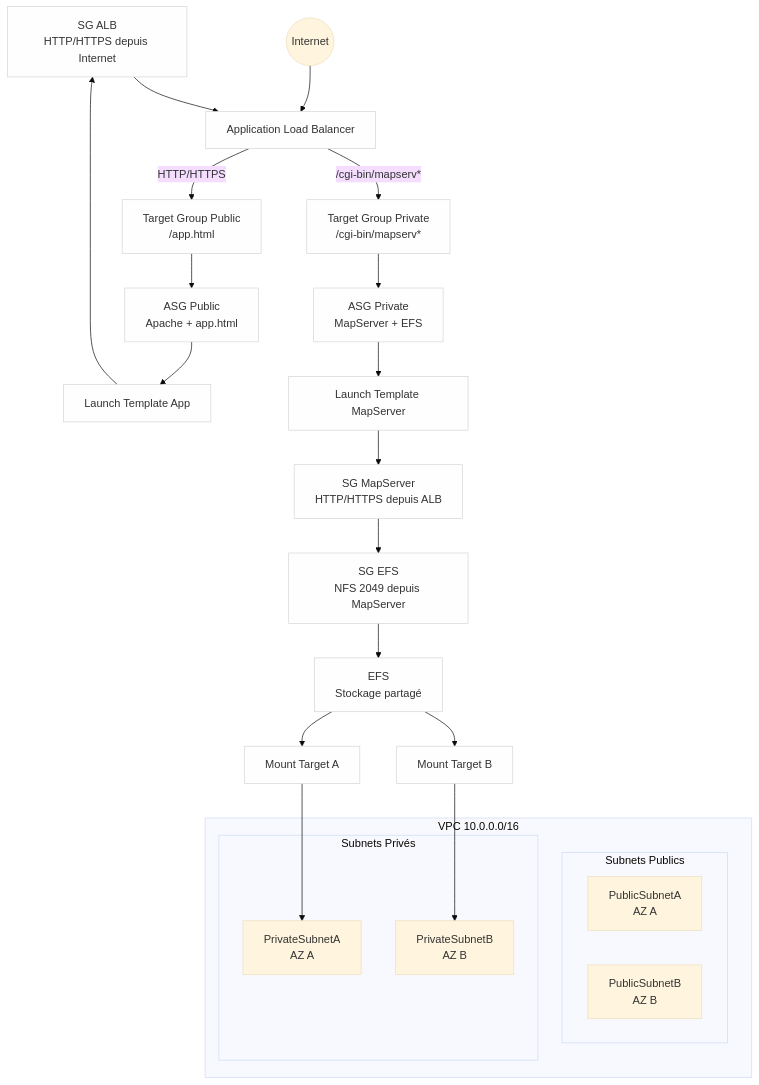
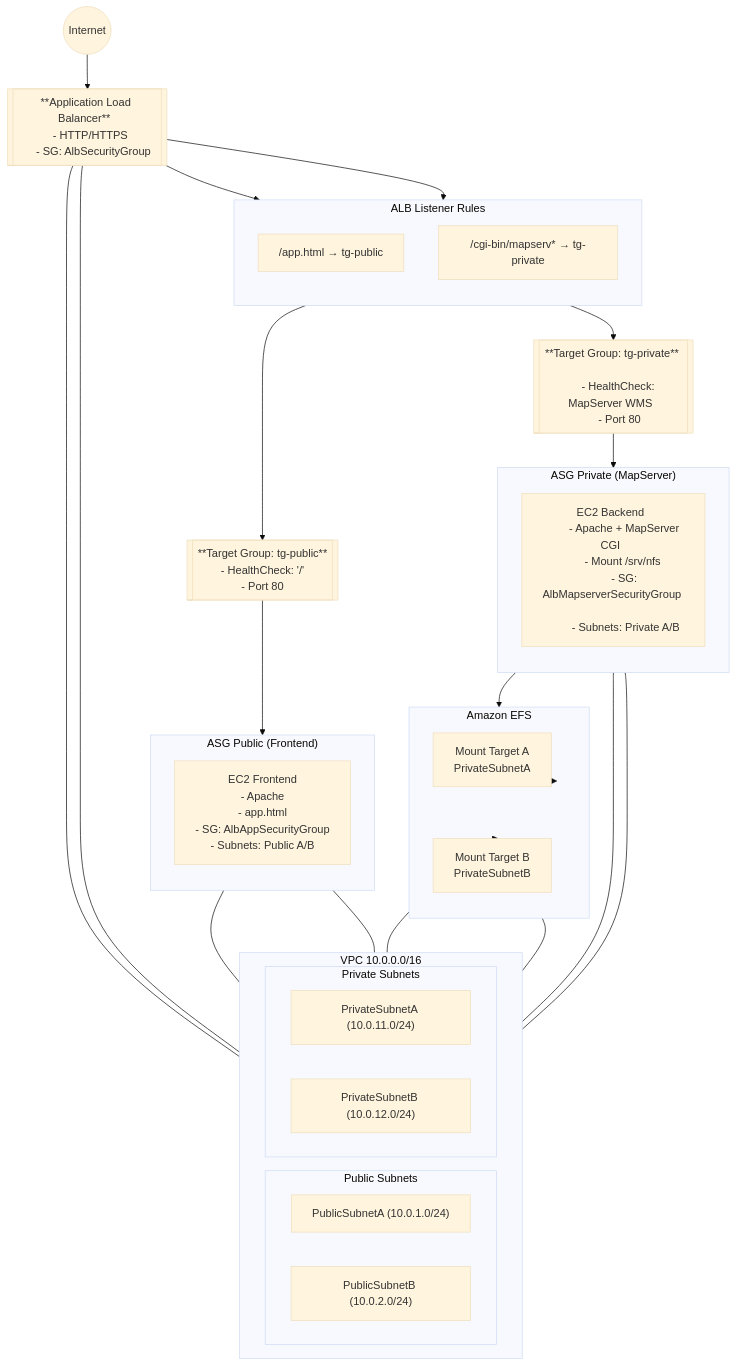
One commit to chocho11/testmapserveraws changed the diagram in README.md. Above: the diagram before and after it, drawn with Mermaid (base theme). The commit also changed other lines of this file, not shown here.

Commit message:
Update README.md: clarify security group rules for AlbAppSecurityGroup and EFSSecurityGroup

````diff
--- a/README.md
+++ b/README.md
@@ -159,98 +159,118 @@
 ```mermaid
 flowchart TB
 
-%% ============================
-%% Styles AWS
-%% ============================
-classDef aws fill:#fefefe,stroke:#d5d5d5,stroke-width:1px,color:#333,border-radius:6px;
-classDef group fill:#f2f2f2,stroke:#999,stroke-width:1px,color:#333,border-radius:8px;
+    %% ============================
+    %% Internet & ALB
+    %% ============================
 
-%% ============================
-%% VPC
-%% ============================
-subgraph VPC["VPC 10.0.0.0/16"]
-class VPC group;
+    Internet((Internet))
+    ALB[["**Application Load Balancer**  
+    - HTTP/HTTPS  
+    - SG: AlbSecurityGroup"]]
 
-    subgraph PublicSubnets["Subnets Publics"]
-    class PublicSubnets group;
-        PSa["PublicSubnetA<br/>AZ A"]
-        PSb["PublicSubnetB<br/>AZ B"]
+    Internet --> ALB
+
+    %% ============================
+    %% Routing rules
+    %% ============================
+
+    subgraph Routing["ALB Listener Rules"]
+        direction TB
+        R1["/app.html → tg-public"]
+        R2["/cgi-bin/mapserv* → tg-private"]
     end
 
-    subgraph PrivateSubnets["Subnets Privés"]
-    class PrivateSubnets group;
-        PRa["PrivateSubnetA<br/>AZ A"]
-        PRb["PrivateSubnetB<br/>AZ B"]
+    ALB --> R1
+    ALB --> R2
+
+    %% ============================
+    %% Target Groups
+    %% ============================
+
+    TGPublic[["**Target Group: tg-public**  
+    - HealthCheck: '/'  
+    - Port 80"]]
+
+    TGPrivate[["**Target Group: tg-private**  
+    - HealthCheck: MapServer WMS  
+    - Port 80"]]
+
+    R1 --> TGPublic
+    R2 --> TGPrivate
+
+    %% ============================
+    %% ASG Public (Frontend)
+    %% ============================
+
+    subgraph ASG1["ASG Public (Frontend)"]
+        direction TB
+        EC2App1["EC2 Frontend  
+        - Apache  
+        - app.html  
+        - SG: AlbAppSecurityGroup  
+        - Subnets: Public A/B"]
     end
-end
 
-%% ============================
-%% Security Groups
-%% ============================
-SG_ALB["SG ALB<br/>HTTP/HTTPS depuis Internet"]
-SG_MS["SG MapServer<br/>HTTP/HTTPS depuis ALB"]
-SG_EFS["SG EFS<br/>NFS 2049 depuis MapServer"]
+    TGPublic --> ASG1
 
-class SG_ALB,SG_MS,SG_EFS aws;
+    %% ============================
+    %% ASG Private (MapServer)
+    %% ============================
 
-%% ============================
-%% Load Balancer
-%% ============================
-ALB["Application Load Balancer"]
-class ALB aws;
+    subgraph ASG2["ASG Private (MapServer)"]
+        direction TB
+        EC2Map1["EC2 Backend  
+        - Apache + MapServer CGI  
+        - Mount /srv/nfs  
+        - SG: AlbMapserverSecurityGroup  
+        - Subnets: Private A/B"]
+    end
 
-TG_Public["Target Group Public<br/>/app.html"]
-TG_Private["Target Group Private<br/>/cgi-bin/mapserv*"]
-class TG_Public,TG_Private aws;
+    TGPrivate --> ASG2
 
-%% ============================
-%% ASG Public (App)
-%% ============================
-ASG_Public["ASG Public<br/>Apache + app.html"]
-LT_App["Launch Template App"]
-class ASG_Public,LT_App aws;
+    %% ============================
+    %% EFS
+    %% ============================
 
-%% ============================
-%% ASG Private (MapServer)
-%% ============================
-ASG_Private["ASG Private<br/>MapServer + EFS"]
-LT_MS["Launch Template MapServer"]
-class ASG_Private,LT_MS aws;
+    subgraph EFS["Amazon EFS"]
+        direction TB
+        MT1["Mount Target A  
+        PrivateSubnetA"]
+        MT2["Mount Target B  
+        PrivateSubnetB"]
+    end
 
-%% ============================
-%% EFS
-%% ============================
-EFS["EFS<br/>Stockage partagé"]
-MTa["Mount Target A"]
-MTb["Mount Target B"]
-class EFS,MTa,MTb aws;
+    EC2Map1 --> EFS
+    EFS --> MT1
+    EFS --> MT2
 
-%% ============================
-%% Internet
-%% ============================
-Internet(("Internet"))
+    %% ============================
+    %% VPC
+    %% ============================
 
-%% ============================
-%% Relations
-%% ============================
+    subgraph VPC["VPC 10.0.0.0/16"]
+        direction LR
 
-Internet --> ALB
-SG_ALB --> ALB
+        subgraph Public["Public Subnets"]
+            PubA["PublicSubnetA (10.0.1.0/24)"]
+            PubB["PublicSubnetB (10.0.2.0/24)"]
+        end
 
-ALB -->|HTTP/HTTPS| TG_Public
-ALB -->|/cgi-bin/mapserv*| TG_Private
+        subgraph Private["Private Subnets"]
+            PrivA["PrivateSubnetA (10.0.11.0/24)"]
+            PrivB["PrivateSubnetB (10.0.12.0/24)"]
+        end
+    end
 
-TG_Public --> ASG_Public
-ASG_Public --> LT_App
-LT_App --> SG_ALB
+    ALB --- PubA
+    ALB --- PubB
 
-TG_Private --> ASG_Private
-ASG_Private --> LT_MS
-LT_MS --> SG_MS
+    ASG1 --- PubA
+    ASG1 --- PubB
 
-SG_MS --> SG_EFS
-SG_EFS --> EFS
+    ASG2 --- PrivA
+    ASG2 --- PrivB
 
-EFS --> MTa --> PRa
-EFS --> MTb --> PRb
+    EFS --- PrivA
+    EFS --- PrivB
 ```
````
